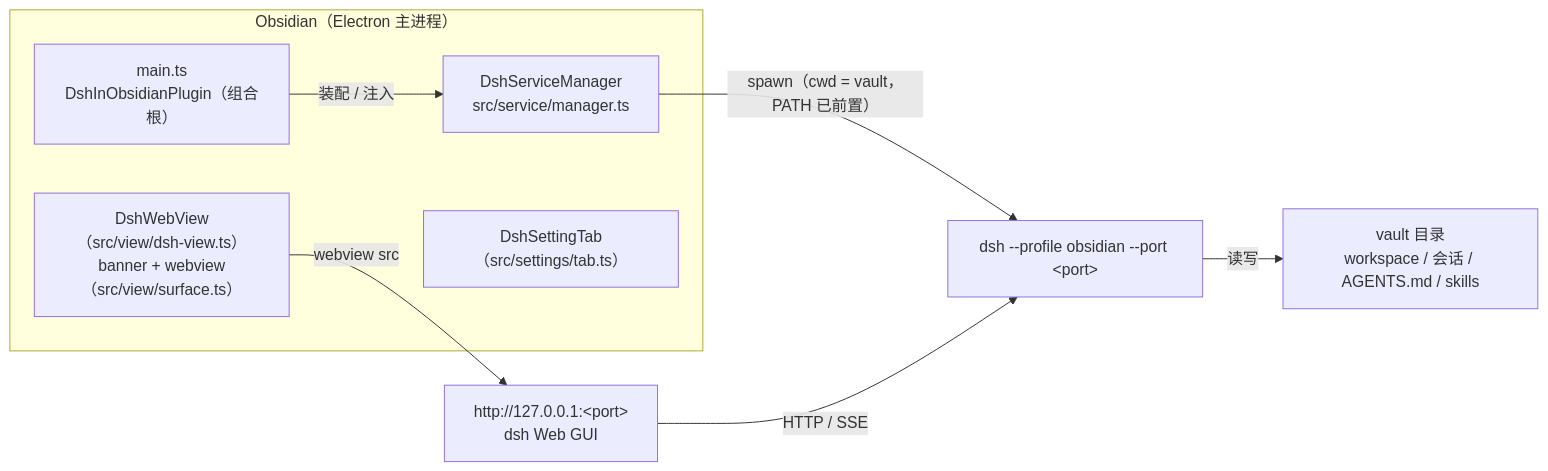
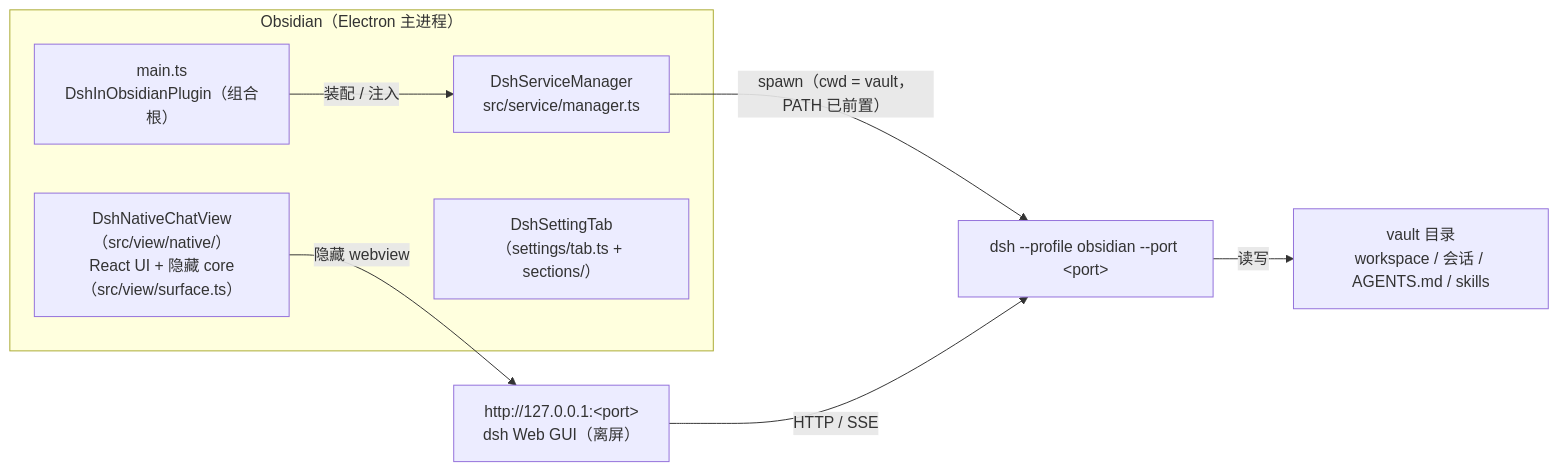
One commit to FablerTan/obsidian-dsh changed the diagram in docs/architecture.md. Above: the diagram before and after it, drawn with Mermaid. The commit also changed other lines of this file and 110 other files, not shown here.

````diff
--- a/docs/architecture.md
+++ b/docs/architecture.md
@@ -5,14 +5,14 @@
 ```mermaid
 flowchart LR
   subgraph OBS["Obsidian（Electron 主进程）"]
     P["main.ts<br/>DshInObsidianPlugin（组合根）"]
     M["DshServiceManager<br/>src/service/manager.ts"]
-    V["DshWebView（src/view/dsh-view.ts）<br/>banner + webview（src/view/surface.ts）"]
-    S["DshSettingTab（src/settings/tab.ts）"]
+    V["DshNativeChatView（src/view/native/）<br/>React UI + 隐藏 core（src/view/surface.ts）"]
+    S["DshSettingTab（settings/tab.ts + sections/）"]
   end
   P -- "装配 / 注入" --> M
   M -- "spawn（cwd = vault，PATH 已前置）" --> D["dsh --profile obsidian --port &lt;port&gt;"]
-  V -- "webview src" --> G["http://127.0.0.1:&lt;port&gt;<br/>dsh Web GUI"]
+  V -- "隐藏 webview" --> G["http://127.0.0.1:&lt;port&gt;<br/>dsh Web GUI（离屏）"]
   G -- "HTTP / SSE" --> D
   D -- "读写" --> W["vault 目录<br/>workspace / 会话 / AGENTS.md / skills"]
 ```
````
